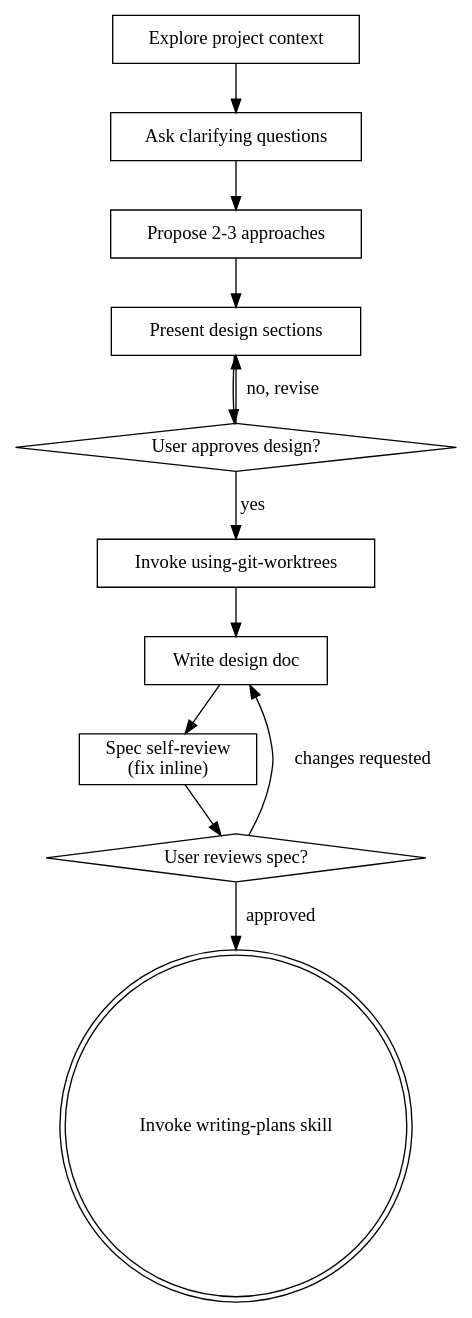
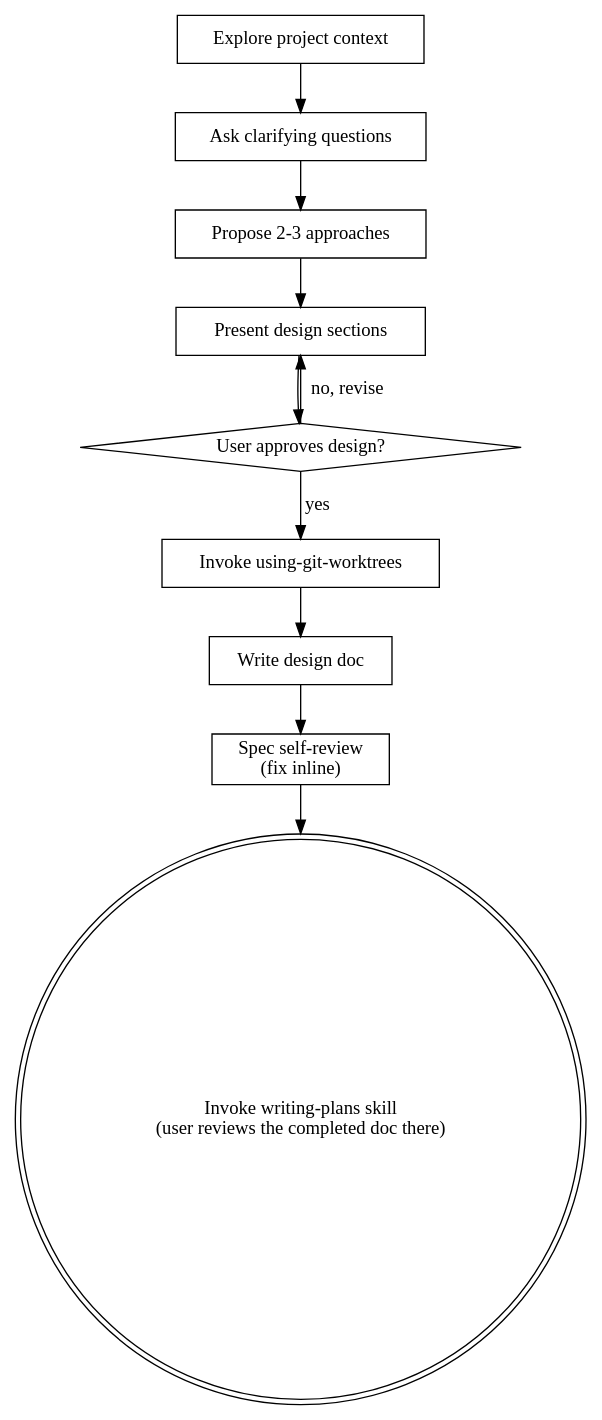
The diagram in skills/brainstorming/SKILL.md (wonjinsin/harness-flow), drawn with Graphviz before and after one commit. The commit also changed other lines of this file and 13 other files, not shown here.

````diff
--- a/skills/brainstorming/SKILL.md
+++ b/skills/brainstorming/SKILL.md
@@ -36,26 +35,23 @@
 ```dot
 digraph brainstorming {
     "Explore project context" [shape=box];
     "Ask clarifying questions" [shape=box];
     "Propose 2-3 approaches" [shape=box];
     "Present design sections" [shape=box];
     "User approves design?" [shape=diamond];
     "Invoke using-git-worktrees" [shape=box];
     "Write design doc" [shape=box];
     "Spec self-review\n(fix inline)" [shape=box];
-    "User reviews spec?" [shape=diamond];
-    "Invoke writing-plans skill" [shape=doublecircle];
+    "Invoke writing-plans skill\n(user reviews the completed doc there)" [shape=doublecircle];
 
     "Explore project context" -> "Ask clarifying questions";
     "Ask clarifying questions" -> "Propose 2-3 approaches";
     "Propose 2-3 approaches" -> "Present design sections";
     "Present design sections" -> "User approves design?";
     "User approves design?" -> "Present design sections" [label="no, revise"];
     "User approves design?" -> "Invoke using-git-worktrees" [label="yes"];
     "Invoke using-git-worktrees" -> "Write design doc";
     "Write design doc" -> "Spec self-review\n(fix inline)";
-    "Spec self-review\n(fix inline)" -> "User reviews spec?";
-    "User reviews spec?" -> "Write design doc" [label="changes requested"];
-    "User reviews spec?" -> "Invoke writing-plans skill" [label="approved"];
+    "Spec self-review\n(fix inline)" -> "Invoke writing-plans skill\n(user reviews the completed doc there)";
 }
 ```
````
